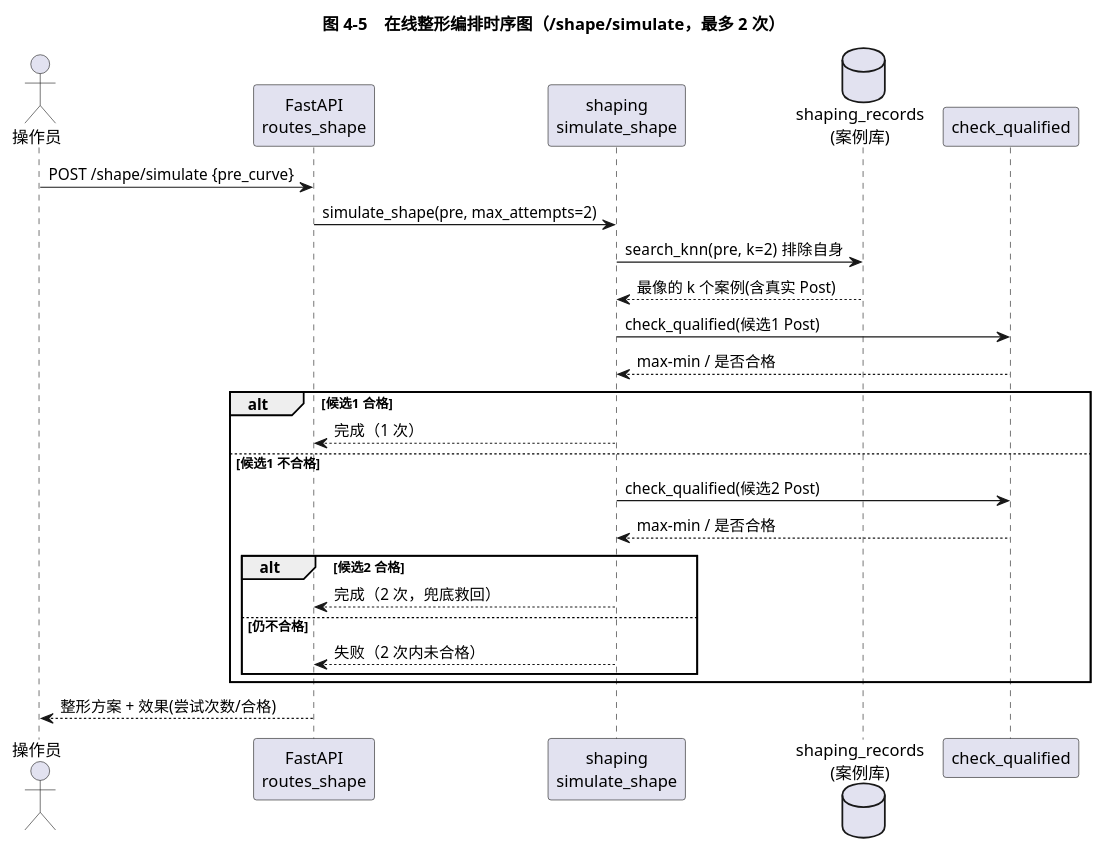
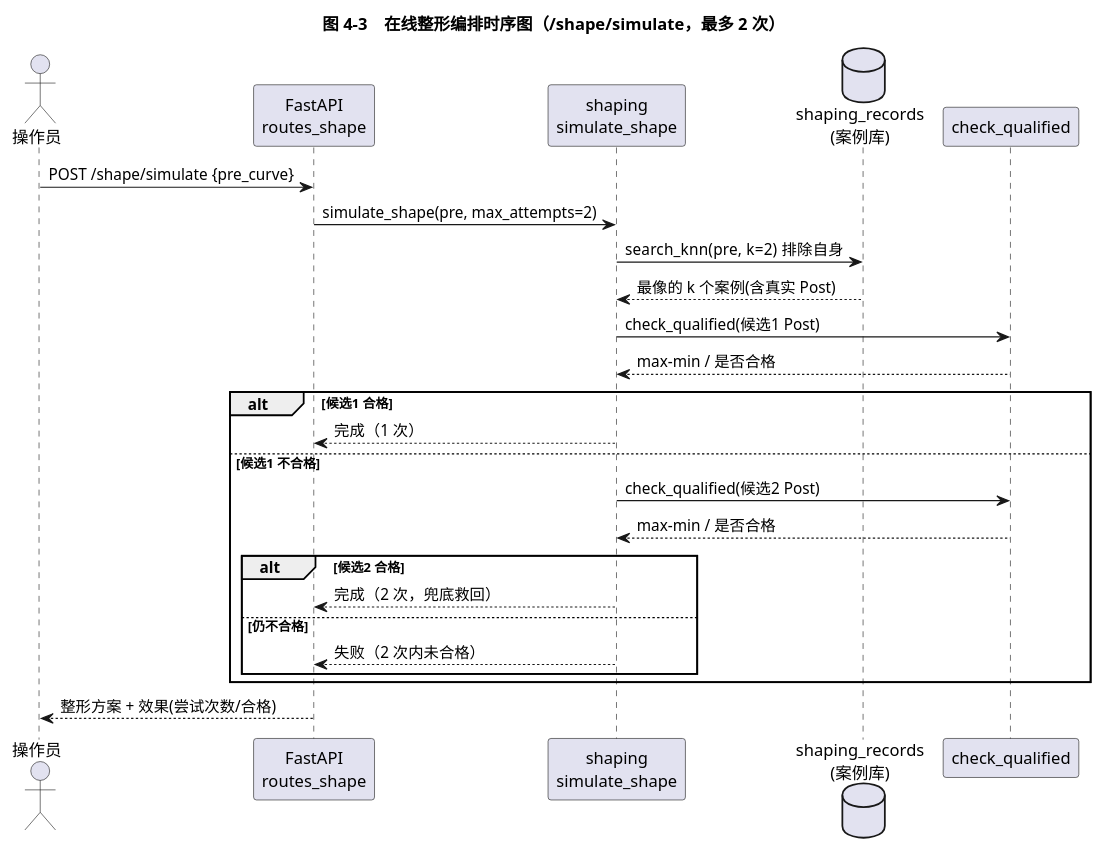
Before and after one commit to BUPTrookie/smart-shape: the fifth of 6 diagrams in docs/工程实践结题报告.md, drawn with PlantUML. The commit also changed other lines of this file, not shown here.

````diff
--- a/docs/工程实践结题报告.md
+++ b/docs/工程实践结题报告.md
@@ -307,29 +353,29 @@
 ```plantuml
-@startuml 图4-5 在线整形编排时序图
-title 图 4-5　在线整形编排时序图（/shape/simulate，最多 2 次）
+@startuml 图4-3 在线整形编排时序图
+title 图 4-3　在线整形编排时序图（/shape/simulate，最多 2 次）
 actor 操作员 as U
 participant "FastAPI\nroutes_shape" as API
 participant "shaping\nsimulate_shape" as S
 database "shaping_records\n(案例库)" as DB
 participant "check_qualified" as Q
 
 U -> API : POST /shape/simulate {pre_curve}
 API -> S : simulate_shape(pre, max_attempts=2)
 S -> DB : search_knn(pre, k=2)  排除自身
 DB --> S : 最像的 k 个案例(含真实 Post)
 S -> Q : check_qualified(候选1 Post)
 Q --> S : max-min / 是否合格
 alt 候选1 合格
   S --> API : 完成（1 次）
 else 候选1 不合格
   S -> Q : check_qualified(候选2 Post)
   Q --> S : max-min / 是否合格
   alt 候选2 合格
     S --> API : 完成（2 次，兜底救回）
   else 仍不合格
     S --> API : 失败（2 次内未合格）
   end
 end
 API --> U : 整形方案 + 效果(尝试次数/合格)
 @enduml
 ```
````
